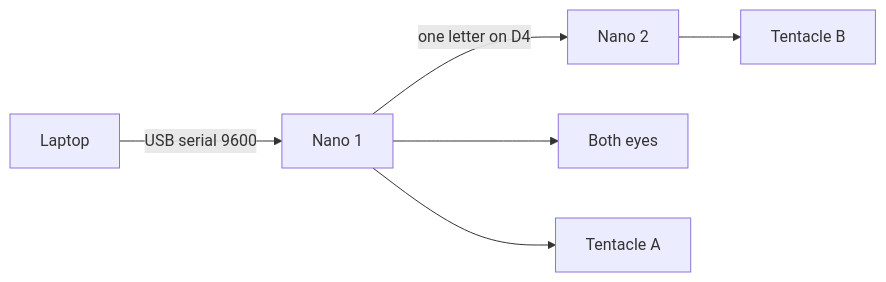
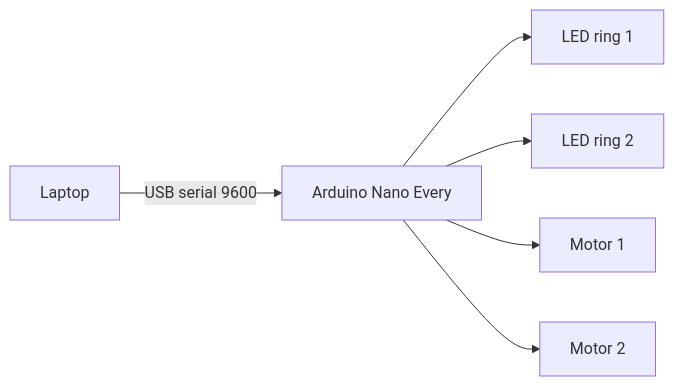
The second of 4 diagrams in README.md (JoycelynDing/CPS-Group21-Paul-the-Octopus), drawn with Mermaid before and after one commit. The commit also changed other lines of this file, not shown here.

````diff
--- a/README.md
+++ b/README.md
@@ -95,8 +97,8 @@
 ```mermaid
 flowchart LR
-  laptop[Laptop] -->|USB serial 9600| nano1[Nano 1]
-  nano1 -->|one letter on D4| nano2[Nano 2]
-  nano1 --> eyes[Both eyes]
-  nano1 --> tentacleA[Tentacle A]
-  nano2 --> tentacleB[Tentacle B]
+  laptop[Laptop] -->|USB serial 9600| nano[Arduino Nano Every]
+  nano --> ring1[LED ring 1]
+  nano --> ring2[LED ring 2]
+  nano --> motor1[Motor 1]
+  nano --> motor2[Motor 2]
 ```
````
